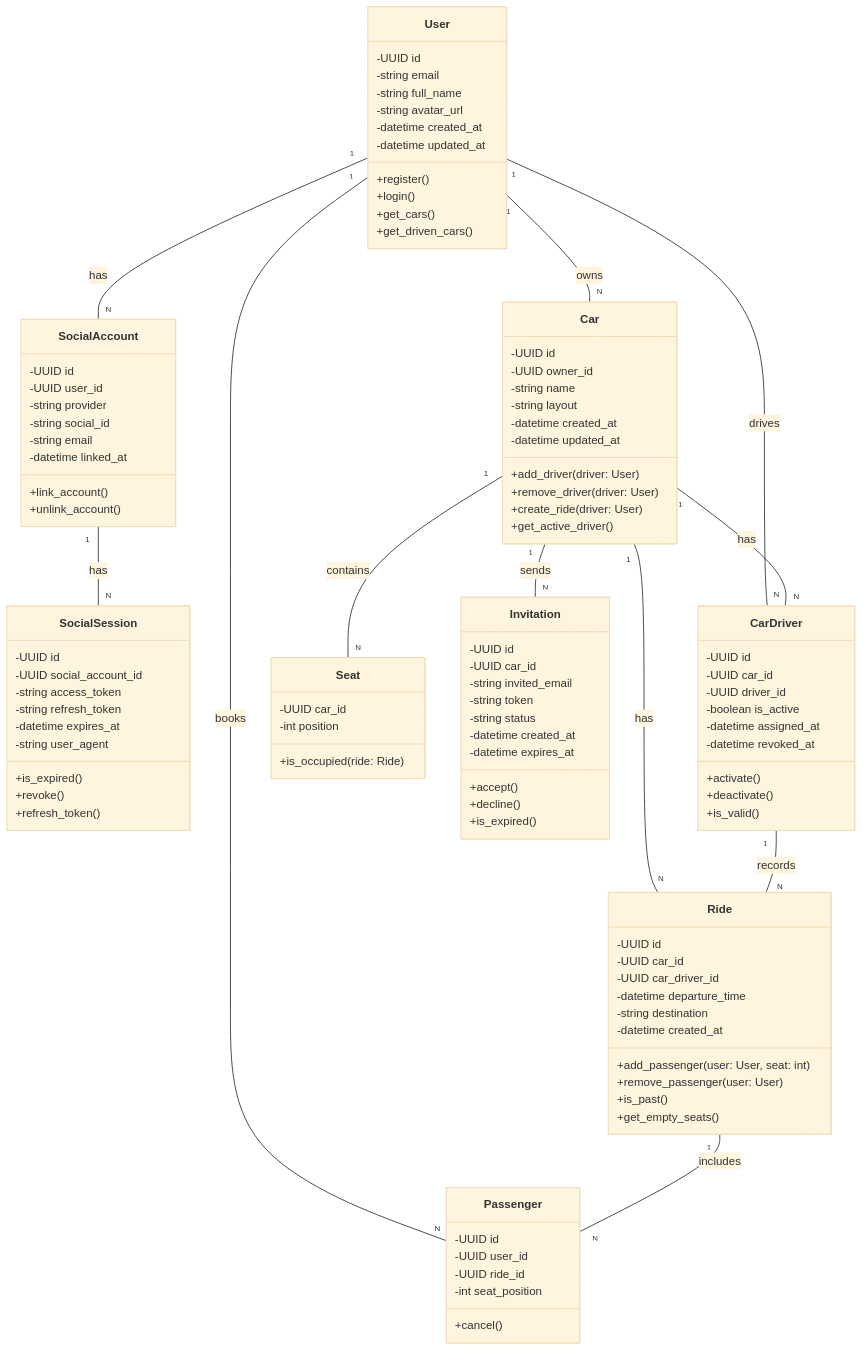
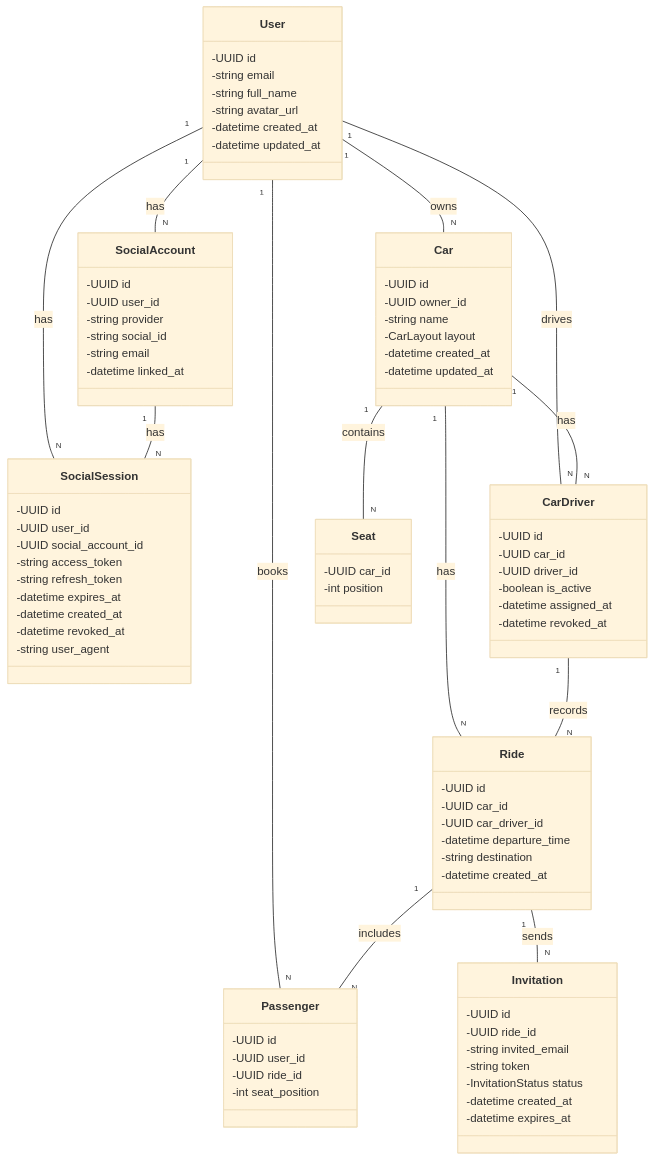
The diagram in diagrams/05_class_diagram.md (matthewjezek/Sitzy), drawn with Mermaid (base theme) before and after one commit. The commit also changed other lines of this file and 2 other files, not shown here.

Commit message:
refactor: Update use case and sequence diagrams for clarity and accuracy

````diff
--- a/diagrams/05_class_diagram.md
+++ b/diagrams/05_class_diagram.md
@@ -9,10 +9,6 @@
         -string avatar_url
         -datetime created_at
         -datetime updated_at
-        +register()
-        +login()
-        +get_cars()
-        +get_driven_cars()
     }
 
     class SocialAccount {
@@ -22,33 +18,27 @@
         -string social_id
         -string email
         -datetime linked_at
-        +link_account()
-        +unlink_account()
     }
 
     class SocialSession {
         -UUID id
+        -UUID user_id
         -UUID social_account_id
         -string access_token
         -string refresh_token
         -datetime expires_at
+        -datetime created_at
+        -datetime revoked_at
         -string user_agent
-        +is_expired()
-        +revoke()
-        +refresh_token()
     }
 
     class Car {
         -UUID id
         -UUID owner_id
         -string name
-        -string layout
+        -CarLayout layout
         -datetime created_at
         -datetime updated_at
-        +add_driver(driver: User)
-        +remove_driver(driver: User)
-        +create_ride(driver: User)
-        +get_active_driver()
     }
 
     class CarDriver {
@@ -58,9 +48,6 @@
         -boolean is_active
         -datetime assigned_at
         -datetime revoked_at
-        +activate()
-        +deactivate()
-        +is_valid()
     }
 
     class Ride {
@@ -70,10 +57,6 @@
         -datetime departure_time
         -string destination
         -datetime created_at
-        +add_passenger(user: User, seat: int)
-        +remove_passenger(user: User)
-        +is_past()
-        +get_empty_seats()
     }
 
     class Passenger {
@@ -81,30 +64,26 @@
         -UUID user_id
         -UUID ride_id
         -int seat_position
-        +cancel()
     }
 
     class Seat {
         -UUID car_id
         -int position
-        +is_occupied(ride: Ride)
     }
 
     class Invitation {
         -UUID id
-        -UUID car_id
+        -UUID ride_id
         -string invited_email
         -string token
-        -string status
+        -InvitationStatus status
         -datetime created_at
         -datetime expires_at
-        +accept()
-        +decline()
-        +is_expired()
     }
 
     User "1" -- "N" Car : owns
     User "1" -- "N" SocialAccount : has
+    User "1" -- "N" SocialSession : has
     User "1" -- "N" CarDriver : drives
     User "1" -- "N" Passenger : books
     
@@ -113,9 +92,9 @@
     Car "1" -- "N" CarDriver : has
     Car "1" -- "N" Ride : has
     Car "1" -- "N" Seat : contains
-    Car "1" -- "N" Invitation : sends
     
     CarDriver "1" -- "N" Ride : records
     
     Ride "1" -- "N" Passenger : includes
+    Ride "1" -- "N" Invitation : sends
 ```
````
